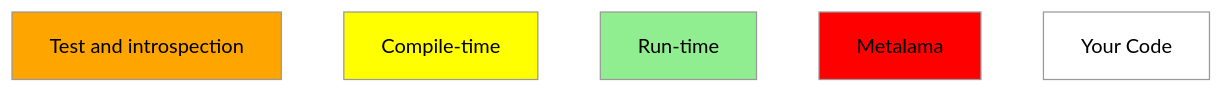
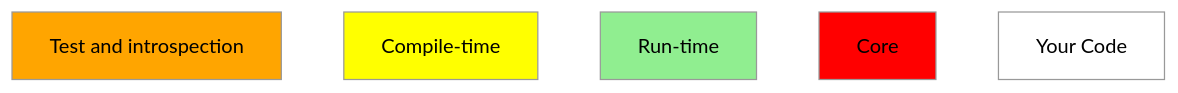
The first of 4 diagrams in conceptual/deployment/packages.md (postsharp/Metalama.Documentation), drawn with Mermaid (neutral theme) before and after one commit. The commit also changed 24 other files, not shown here.

````diff
--- a/conceptual/deployment/packages.md
+++ b/conceptual/deployment/packages.md
@@ -28,24 +28,24 @@
 ```mermaid
 graph TD
 
     t[Test and introspection]
     class t testing
     classDef testing fill:orange;
 
     c[Compile-time]
     class c compileTime
     classDef compileTime fill:yellow;
 
     r[Run-time]
     class r runTime
     classDef runTime fill:lightgreen;
 
     classDef framework fill:red;
-    f[Metalama]
+    f[Core]
     class f framework
 
     u[Your Code]
     classDef userCode fill:white
     class u userCode
 
 ```
````
